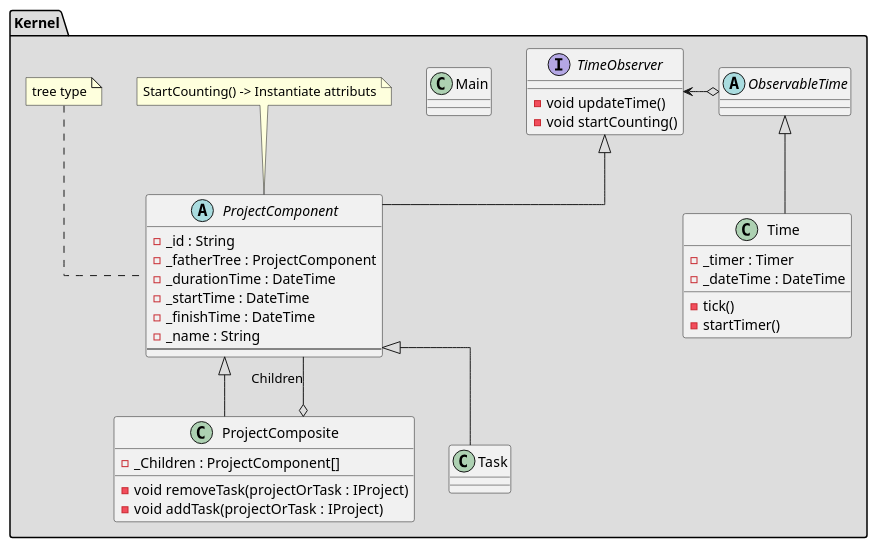
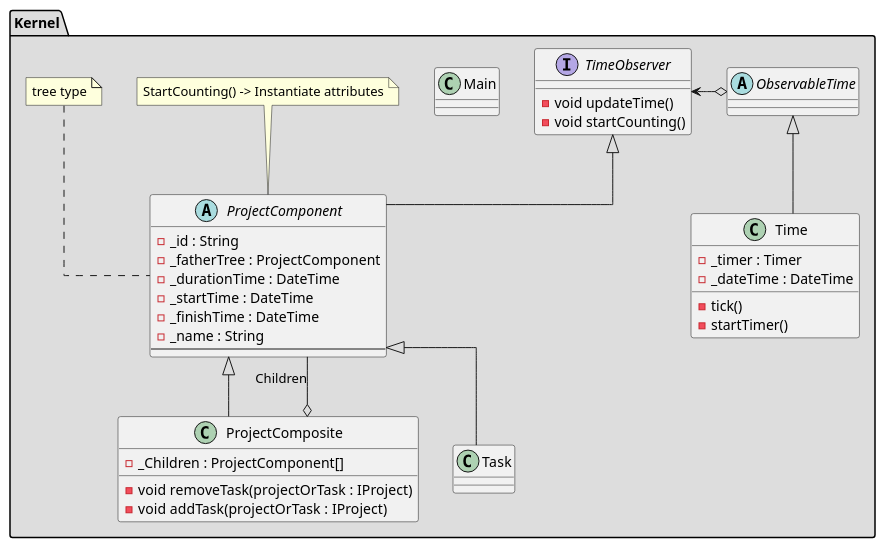
Before and after one commit to 1533545/DS: the diagram in src/UML/ClassDiagram.puml, drawn with PlantUML.

```diff
--- a/src/UML/ClassDiagram.puml
+++ b/src/UML/ClassDiagram.puml
@@ -1,83 +1,83 @@
 @startuml
 
 skinparam linetype ortho
 
 /' Tests '/
 /' package "Testing" #DDDDDD {
       class MainTests {
 
       }
 
       Abstract IProject {
       }
 
       class ProjectTests {
 
       }
 
       class TaskTests {
       }
 } '/
 
 
 /' Back End '/
 package "Kernel" #DDDDDD {
   class Main {
 
   }
 
   Abstract ProjectComponent {
       -_id : String
       -_fatherTree : ProjectComponent
       -_durationTime : DateTime
       -_startTime : DateTime
       -_finishTime : DateTime
       -_name : String
       --
   }
 
-  note top of ProjectComponent: StartCounting() -> Instantiate attributs
+  note top of ProjectComponent: StartCounting() -> Instantiate attributes
 
 
 
   class ProjectComposite {
      -_Children : ProjectComponent[]
 
      -void removeTask(projectOrTask : IProject)
      -void addTask(projectOrTask : IProject)
   }
 
   class Task {
   }
 
   class Time {
     -_timer : Timer
     -_dateTime : DateTime
 
     -tick()
     -startTimer()
   }
 
   abstract ObservableTime {
 
   }
 
   interface TimeObserver {
      -void updateTime()
      -void startCounting()
   }
 
   note top of ProjectComponent: tree type
 
 }
 
 /' Relationship '/
   Task -up-|> ProjectComponent
   ProjectComponent <|-down- ProjectComposite
   ProjectComponent -down-o ProjectComposite : Children
 
   Time -up-|> ObservableTime
   ObservableTime o-right-> TimeObserver
   ProjectComponent -up-|> TimeObserver
 
 @enduml
```
